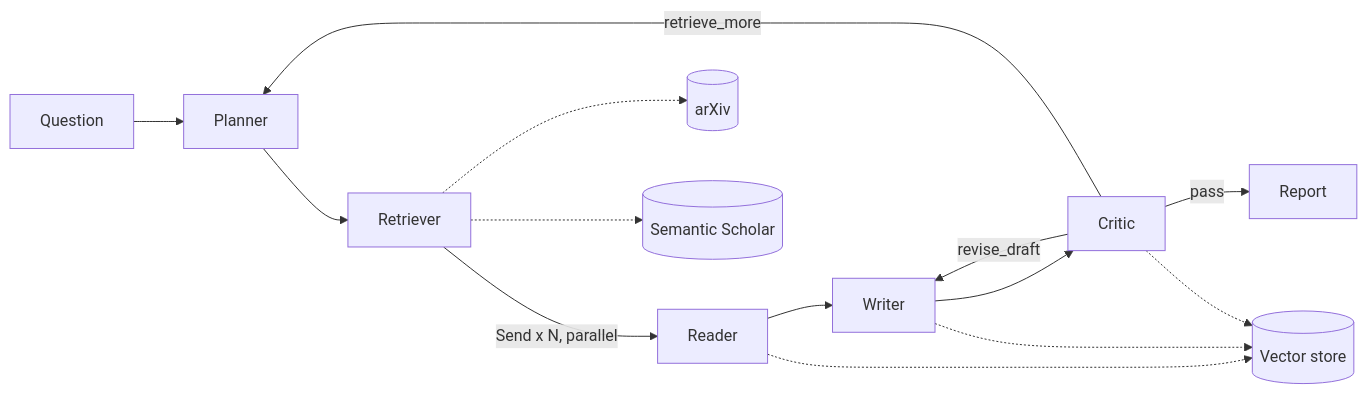
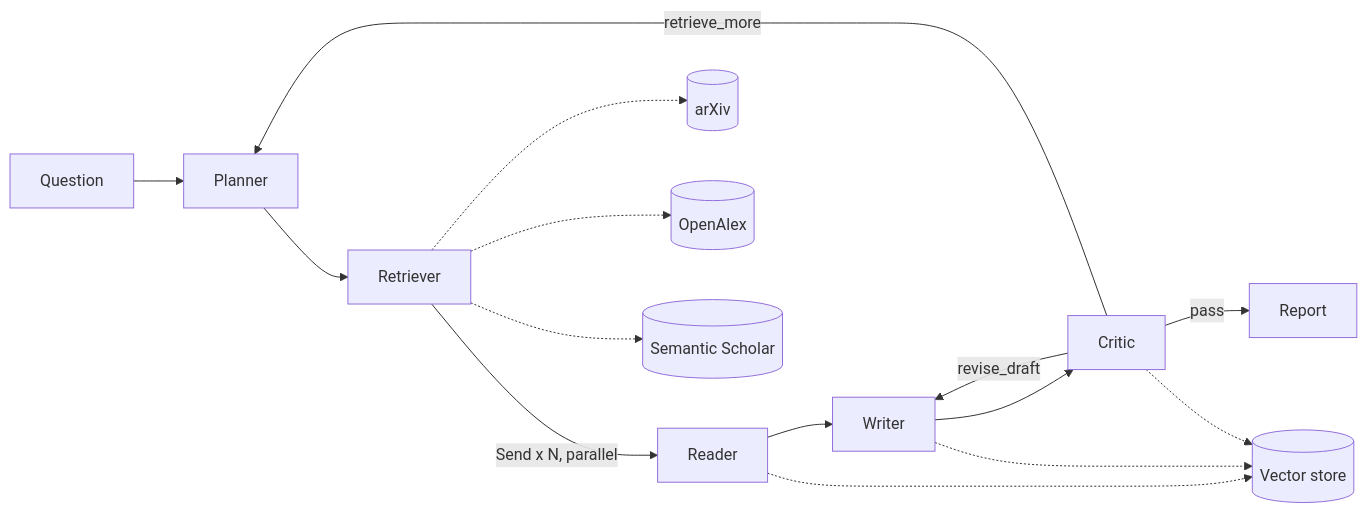
One commit to Uni-Creator/research-copilot changed the diagram in docs/ARCHITECTURE.md. Above: the diagram before and after it, drawn with Mermaid. The commit also changed other lines of this file and 25 other files, not shown here.

Commit message:
feat: overhaul retrieval with OpenAlex & MMR ranking, add ranked eval metrics, and update docs

````diff
--- a/docs/ARCHITECTURE.md
+++ b/docs/ARCHITECTURE.md
@@ -3,16 +3,17 @@
 ```mermaid
 flowchart LR
   Q[Question] --> P[Planner]
   P --> R[Retriever]
   R -->|Send x N, parallel| RD[Reader]
   RD --> W[Writer]
   W --> C[Critic]
   C -->|pass| OUT[Report]
   C -->|revise_draft| W
   C -->|retrieve_more| P
   R -.-> S1[(arXiv)]
-  R -.-> S2[(Semantic Scholar)]
+  R -.-> S2[(OpenAlex)]
+  R -.-> S3[(Semantic Scholar)]
   RD -.-> V[(Vector store)]
   W -.-> V
   C -.-> V
 ```
````
